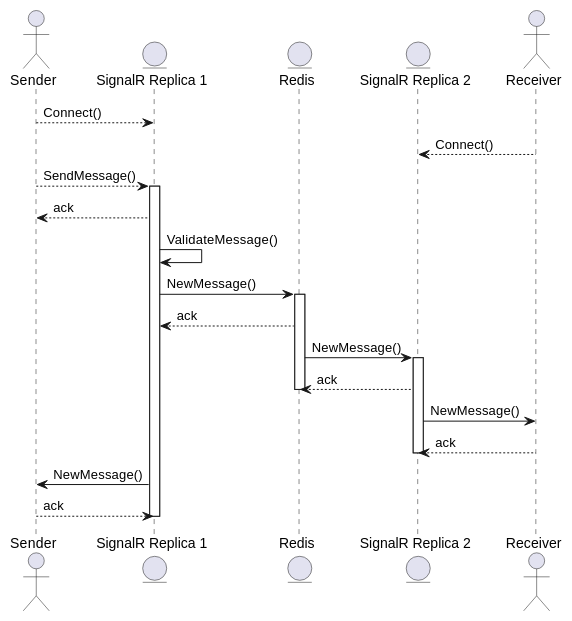
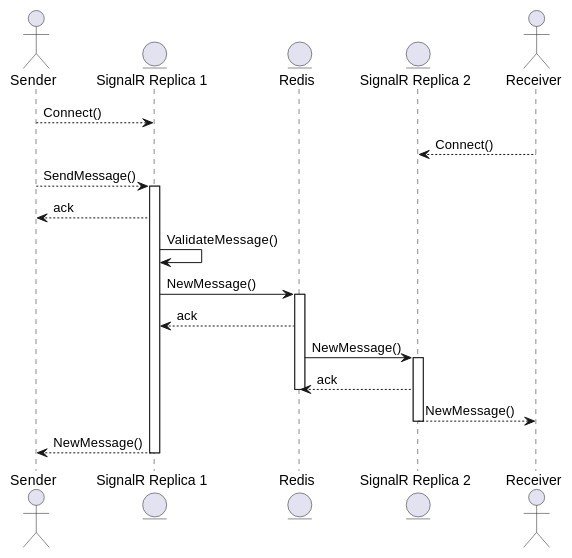
One commit to ldeluigi/microchat changed the fourth of 4 diagrams in docs/architecture/sequence-diagram.md. Above: the diagram before and after it, drawn with PlantUML. The commit also changed other lines of this file, not shown here.

Commit message:
Update to signalR fire and forget

````diff
--- a/docs/architecture/sequence-diagram.md
+++ b/docs/architecture/sequence-diagram.md
@@ -118,28 +116,26 @@
 ```plantuml
 @startuml SendMessageMultipleReplicas
 actor Sender
 entity "SignalR Replica 1" as Chat
 entity Redis
 entity "SignalR Replica 2" as Chat2
 actor Receiver
 Sender --> Chat : Connect()
 Receiver --> Chat2 : Connect()
 Sender -->  Chat : SendMessage()
 activate Chat
 Chat -->  Sender : ack
 Chat -> Chat : ValidateMessage()
 Chat -> Redis : NewMessage()
 activate Redis
 Redis --> Chat : ack
 Redis -> Chat2 : NewMessage()
 activate Chat2
 Chat2 --> Redis : ack
 deactivate Redis
-Chat2 -> Receiver : NewMessage()
-Receiver --> Chat2 : ack
+Chat2 --> Receiver : NewMessage()
 deactivate Chat2
-Chat -> Sender : NewMessage()
-Sender --> Chat : ack
+Chat --> Sender : NewMessage()
 deactivate Chat
 @enduml
 ```
````
